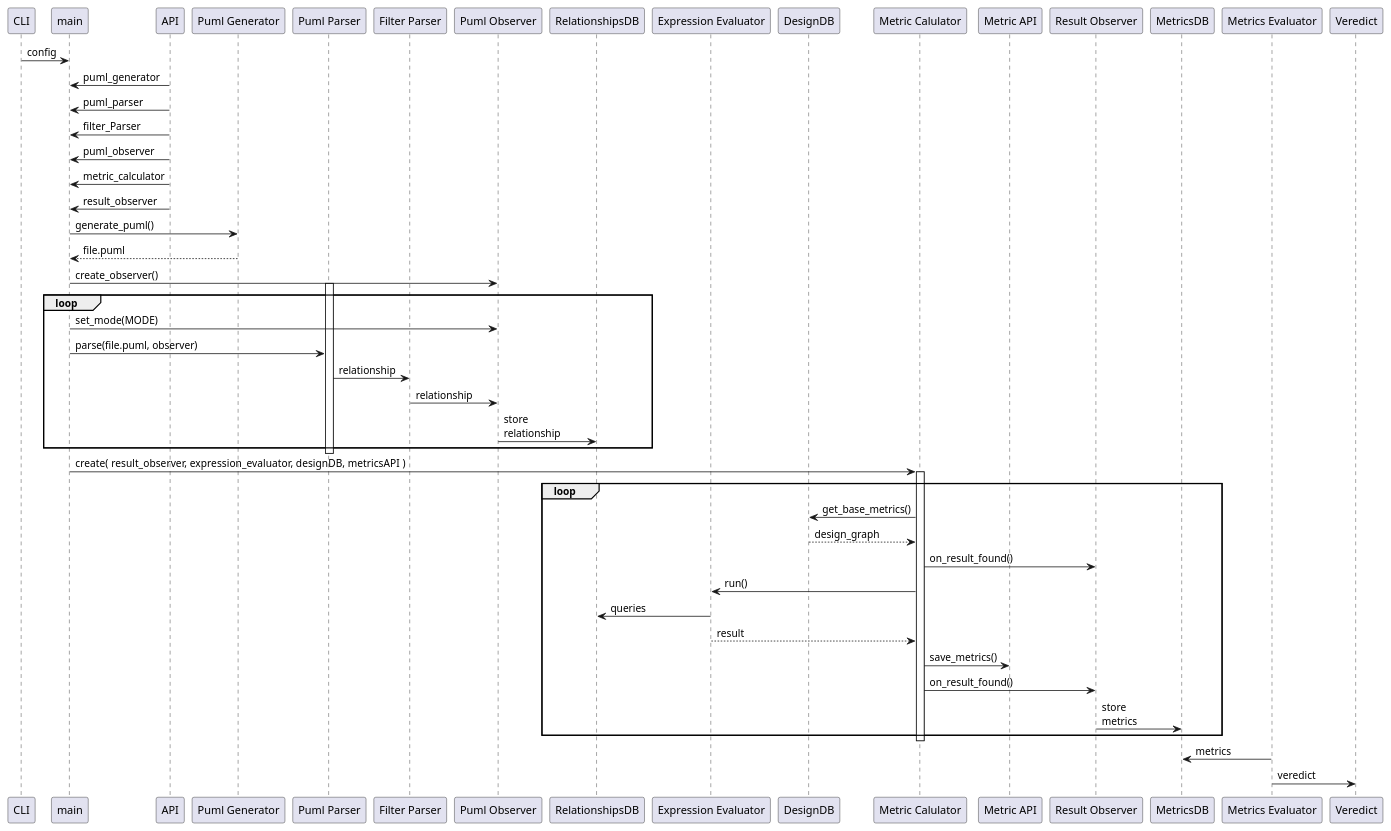
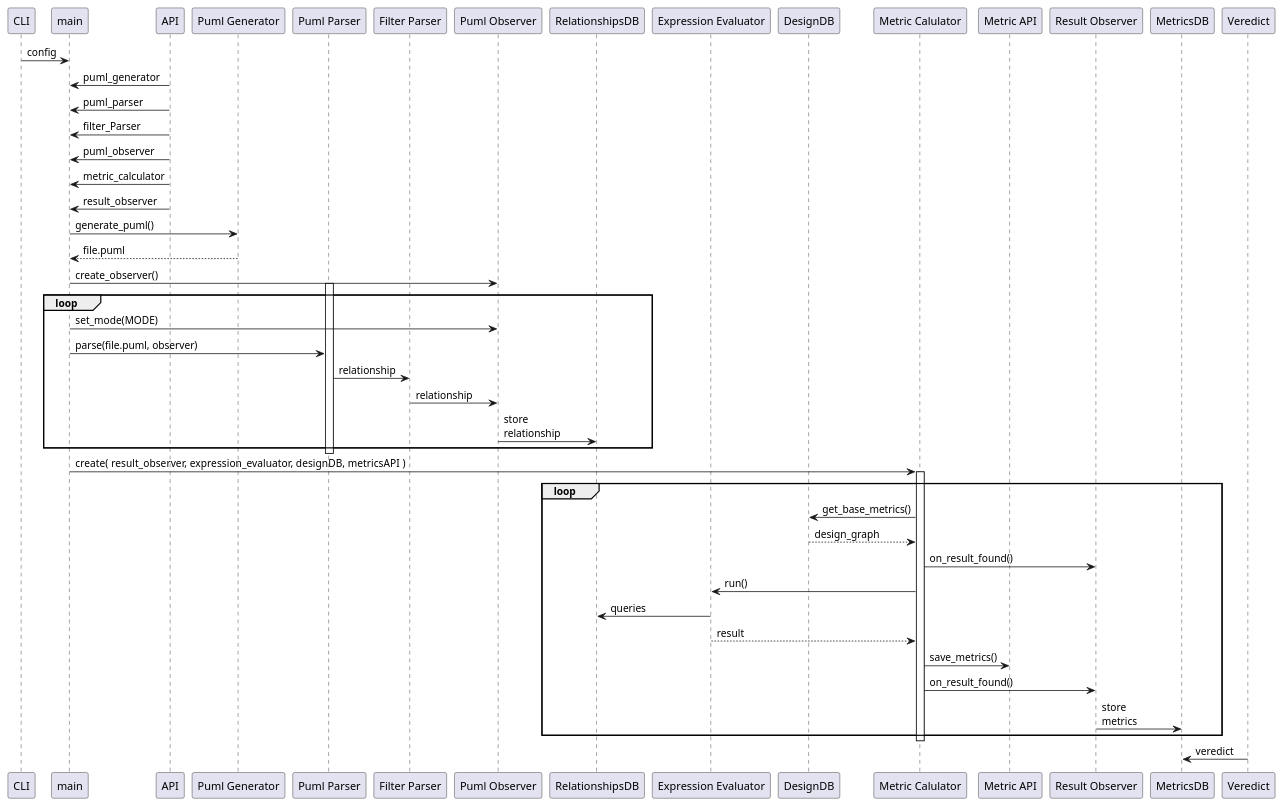
One commit to GonzaloGarciaZurlo/CodeDesignDeltaEvaluator changed the diagram in Design/SequenceDiagranRelationship.plantuml. Above: the diagram before and after it, drawn with PlantUML. The commit also changed 5 other files, not shown here.

Commit message:
uml updates

```diff
--- a/Design/SequenceDiagranRelationship.plantuml
+++ b/Design/SequenceDiagranRelationship.plantuml
@@ -1,72 +1,69 @@
 @startuml
 participant CLI
 participant main
 participant "API" as API
 participant "Puml Generator" as PumlGenerator
 participant "Puml Parser" as PumlParser
 participant "Filter Parser" as FilterParser
 participant "Puml Observer" as PumlObserver
 participant "RelationshipsDB" as relationshipsDB
 participant "Expression Evaluator" as ExpressionEvaluator
 participant "DesignDB" as designDB
 participant "Metric Calulator" as MetricCalculator
 participant "Metric API" as MetricAPI
 participant "Result Observer" as ResultObserver
 participant "MetricsDB" as metricsDB
-participant "Metrics Evaluator" as MetricsEvaluator
 participant "Veredict" as Veredict
 
 CLI -> main: config
 
 API -> main: puml_generator
 
 API -> main: puml_parser
 
 API -> main: filter_Parser
 
 API -> main: puml_observer
 
 API -> main: metric_calculator
 
 API -> main: result_observer
 
 main -> PumlGenerator: generate_puml()
 
 PumlGenerator --> main: file.puml
 
 main -> PumlObserver: create_observer()
 
 activate PumlParser
 
 loop
     main -> PumlObserver: set_mode(MODE)
     main -> PumlParser: parse(file.puml, observer)
     PumlParser -> FilterParser: relationship
     FilterParser -> PumlObserver: relationship
     PumlObserver -> relationshipsDB: store\nrelationship
 end
 deactivate PumlParser
 
 main -> MetricCalculator: create( result_observer, expression_evaluator, designDB, metricsAPI ) 
 
 activate MetricCalculator
 
 loop
     MetricCalculator -> designDB: get_base_metrics()
     designDB --> MetricCalculator: design_graph
     MetricCalculator -> ResultObserver: on_result_found()
     MetricCalculator -> ExpressionEvaluator: run()
     ExpressionEvaluator -> relationshipsDB: queries
     ExpressionEvaluator --> MetricCalculator: result
     MetricCalculator -> MetricAPI: save_metrics()
     MetricCalculator -> ResultObserver: on_result_found()
     ResultObserver -> metricsDB: store\nmetrics
 end
 deactivate MetricCalculator
 
 
-
-MetricsEvaluator -> metricsDB: metrics
-MetricsEvaluator -> Veredict: veredict
+Veredict -> metricsDB: veredict
 
 @enduml
```
